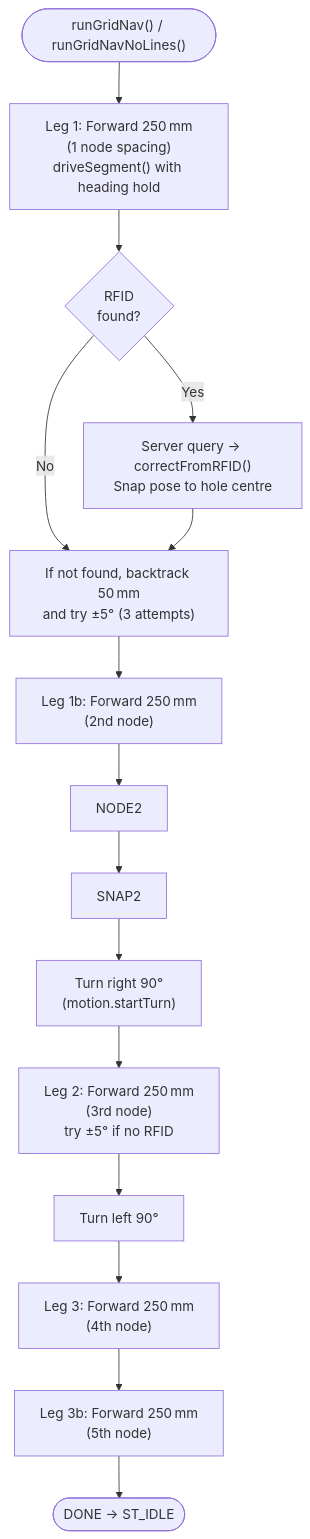
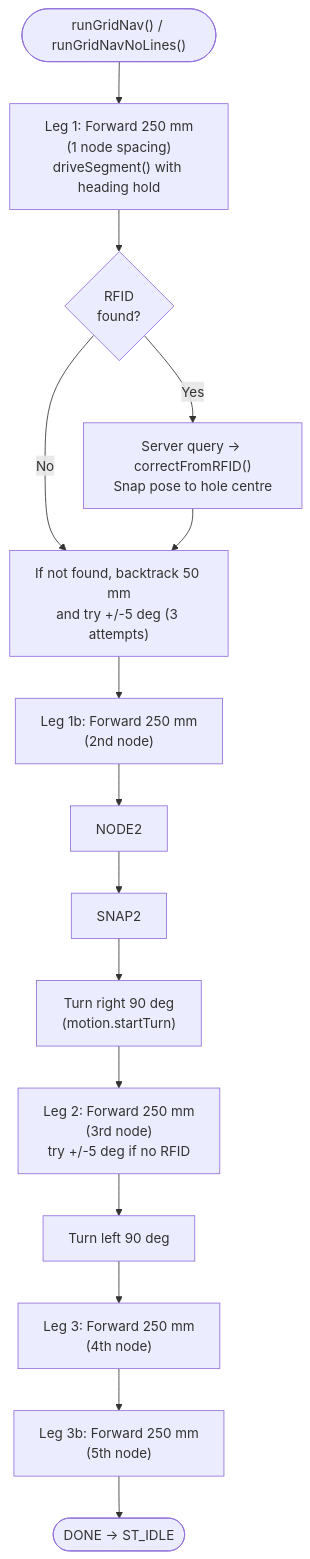
Before and after one commit to rahrah456/Term-3-Martian-Robotics-Project: the eighth of 9 diagrams in README.md, drawn with Mermaid. The commit also changed other lines of this file, not shown here.

````diff
--- a/README.md
+++ b/README.md
@@ -431,25 +430,25 @@
 ```mermaid
 flowchart TB
     START(["runGridNav() / runGridNavNoLines()"]) --> LEG1
 
-    LEG1["Leg 1: Forward 250 mm<br/>(1 node spacing)<br/>driveSegment() with heading hold"]
+    LEG1["Leg 1: Forward 250 mm<br/>(1 node spacing)<br/>driveSegment() with heading hold"]
     LEG1 --> NODE1{"RFID<br/>found?"}
-    NODE1 -->|Yes| SNAP1["Server query → correctFromRFID()<br/>Snap pose to hole centre"]
+    NODE1 -->|Yes| SNAP1["Server query -> correctFromRFID()<br/>Snap pose to hole centre"]
     NODE1 -->|No| CONT1
     SNAP1 --> CONT1
-    CONT1["If not found, backtrack 50 mm<br/>and try ±5° (3 attempts)"]
+    CONT1["If not found, backtrack 50 mm<br/>and try +/-5 deg (3 attempts)"]
 
-    CONT1 --> LEG1B["Leg 1b: Forward 250 mm<br/>(2nd node)"]
+    CONT1 --> LEG1B["Leg 1b: Forward 250 mm<br/>(2nd node)"]
     LEG1B --> NODE2
     NODE2 --> SNAP2
     SNAP2 --> TURN1
 
-    TURN1["Turn right 90°<br/>(motion.startTurn)"]
-    TURN1 --> LEG2["Leg 2: Forward 250 mm<br/>(3rd node)<br/>try ±5° if no RFID"]
+    TURN1["Turn right 90 deg<br/>(motion.startTurn)"]
+    TURN1 --> LEG2["Leg 2: Forward 250 mm<br/>(3rd node)<br/>try +/-5 deg if no RFID"]
 
-    LEG2 --> TURN2["Turn left 90°"]
+    LEG2 --> TURN2["Turn left 90 deg"]
 
-    TURN2 --> LEG3["Leg 3: Forward 250 mm<br/>(4th node)"]
-    LEG3 --> LEG3B["Leg 3b: Forward 250 mm<br/>(5th node)"]
-    LEG3B --> DONE(["DONE → ST_IDLE"])
+    TURN2 --> LEG3["Leg 3: Forward 250 mm<br/>(4th node)"]
+    LEG3 --> LEG3B["Leg 3b: Forward 250 mm<br/>(5th node)"]
+    LEG3B --> DONE(["DONE -> ST_IDLE"])
 ```
````
